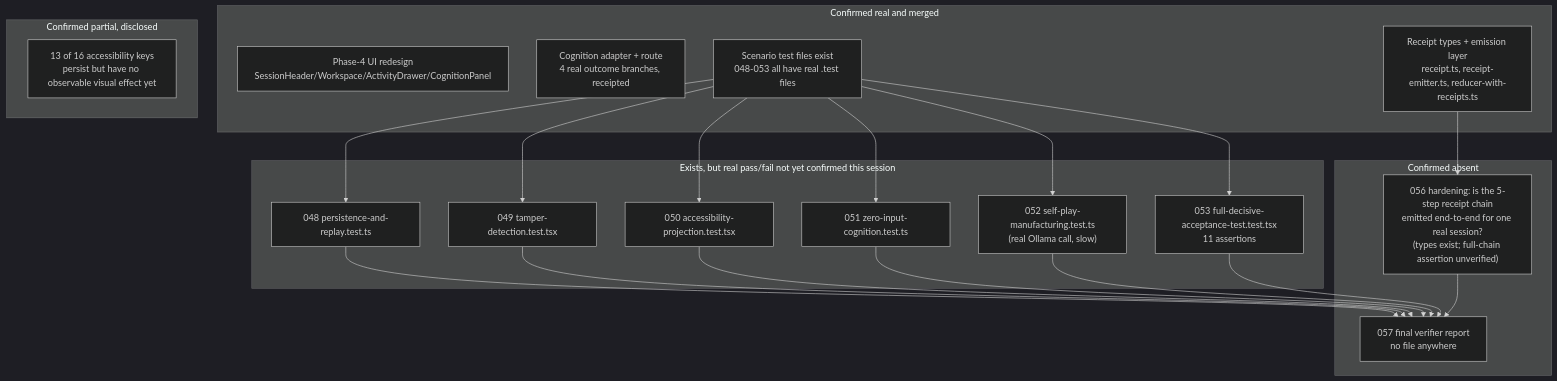
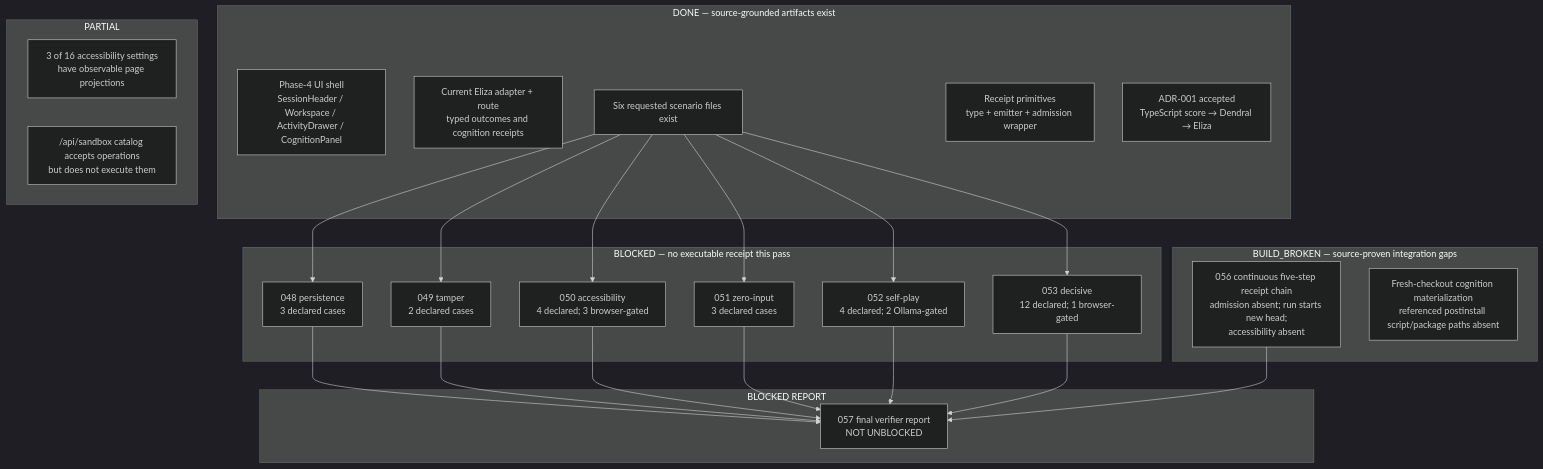
Before and after one commit to seanchatmangpt/wasm4pm: the diagram in docs/diagrams/unfinished-work.md, drawn with Mermaid (dark theme). The commit also changed other lines of this file, not shown here.

````diff
--- a/docs/diagrams/unfinished-work.md
+++ b/docs/diagrams/unfinished-work.md
@@ -9,37 +27,37 @@
 ```mermaid
 flowchart TD
-    subgraph Done["Confirmed real and merged"]
-        UI["Phase-4 UI redesign<br/>SessionHeader/Workspace/ActivityDrawer/CognitionPanel"]
-        COG["Cognition adapter + route<br/>4 real outcome branches, receipted"]
-        TESTFILES["Scenario test files exist<br/>048-053 all have real .test files"]
-        RECEIPTTYPES["Receipt types + emission layer<br/>receipt.ts, receipt-emitter.ts, reducer-with-receipts.ts"]
+    subgraph Done["DONE — source-grounded artifacts exist"]
+        UI["Phase-4 UI shell<br/>SessionHeader / Workspace / ActivityDrawer / CognitionPanel"]
+        COG["Current Eliza adapter + route<br/>typed outcomes and cognition receipts"]
+        FILES["Six requested scenario files exist"]
+        RP["Receipt primitives<br/>type + emitter + admission wrapper"]
+        ADR["ADR-001 accepted<br/>TypeScript score → Dendral → Eliza"]
     end
 
-    subgraph Unverified["Exists, but real pass/fail not yet confirmed this session"]
-        RUN048["048 persistence-and-replay.test.ts"]
-        RUN049["049 tamper-detection.test.tsx"]
-        RUN050["050 accessibility-projection.test.tsx"]
-        RUN051["051 zero-input-cognition.test.ts"]
-        RUN052["052 self-play-manufacturing.test.ts<br/>(real Ollama call, slow)"]
-        RUN053["053 full-decisive-acceptance-test.test.tsx<br/>11 assertions"]
+    subgraph Blocked["BLOCKED — no executable receipt this pass"]
+        P["048 persistence<br/>3 declared cases"]
+        T["049 tamper<br/>2 declared cases"]
+        A["050 accessibility<br/>4 declared; 3 browser-gated"]
+        Z["051 zero-input<br/>3 declared cases"]
+        S["052 self-play<br/>4 declared; 2 Ollama-gated"]
+        D["053 decisive<br/>12 declared; 1 browser-gated"]
     end
 
-    subgraph Missing["Confirmed absent"]
-        M057["057 final verifier report<br/>no file anywhere"]
-        M056V["056 hardening: is the 5-step receipt chain<br/>emitted end-to-end for one real session?<br/>(types exist; full-chain assertion unverified)"]
+    subgraph Broken["BUILD_BROKEN — source-proven integration gaps"]
+        CHAIN["056 continuous five-step receipt chain<br/>admission absent; run starts new head;<br/>accessibility absent"]
+        MAT["Fresh-checkout cognition materialization<br/>referenced postinstall script/package paths absent"]
     end
 
-    subgraph Partial["Confirmed partial, disclosed"]
-        A11Y["13 of 16 accessibility keys<br/>persist but have no observable visual effect yet"]
+    subgraph Partial["PARTIAL"]
+        A11Y["3 of 16 accessibility settings<br/>have observable page projections"]
+        ROUTE["/api/sandbox catalog accepts operations<br/>but does not execute them"]
     end
 
-    TESTFILES --> RUN048
-    TESTFILES --> RUN049
-    TESTFILES --> RUN050
-    TESTFILES --> RUN051
-    TESTFILES --> RUN052
-    TESTFILES --> RUN053
+    subgraph Report["BLOCKED REPORT"]
+        V["057 final verifier report<br/>NOT UNBLOCKED"]
+    end
 
-    RUN048 & RUN049 & RUN050 & RUN051 & RUN052 & RUN053 --> M057
-    RECEIPTTYPES --> M056V --> M057
+    FILES --> P & T & A & Z & S & D
+    P & T & A & Z & S & D --> V
+    CHAIN --> V
 ```
````
